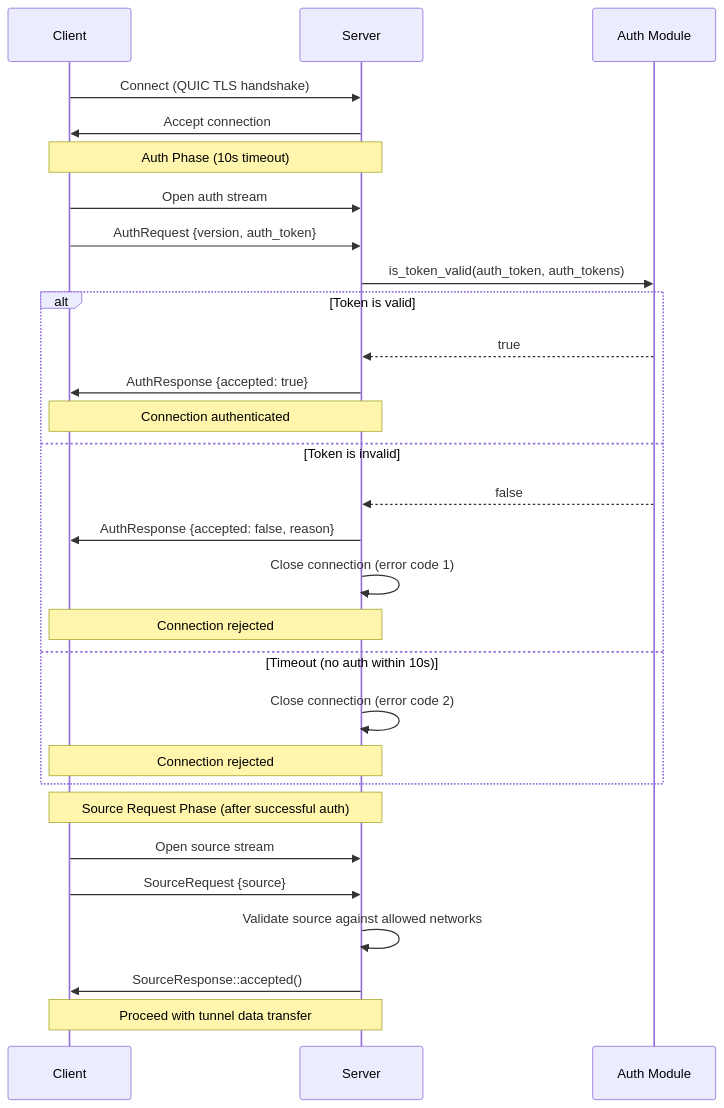
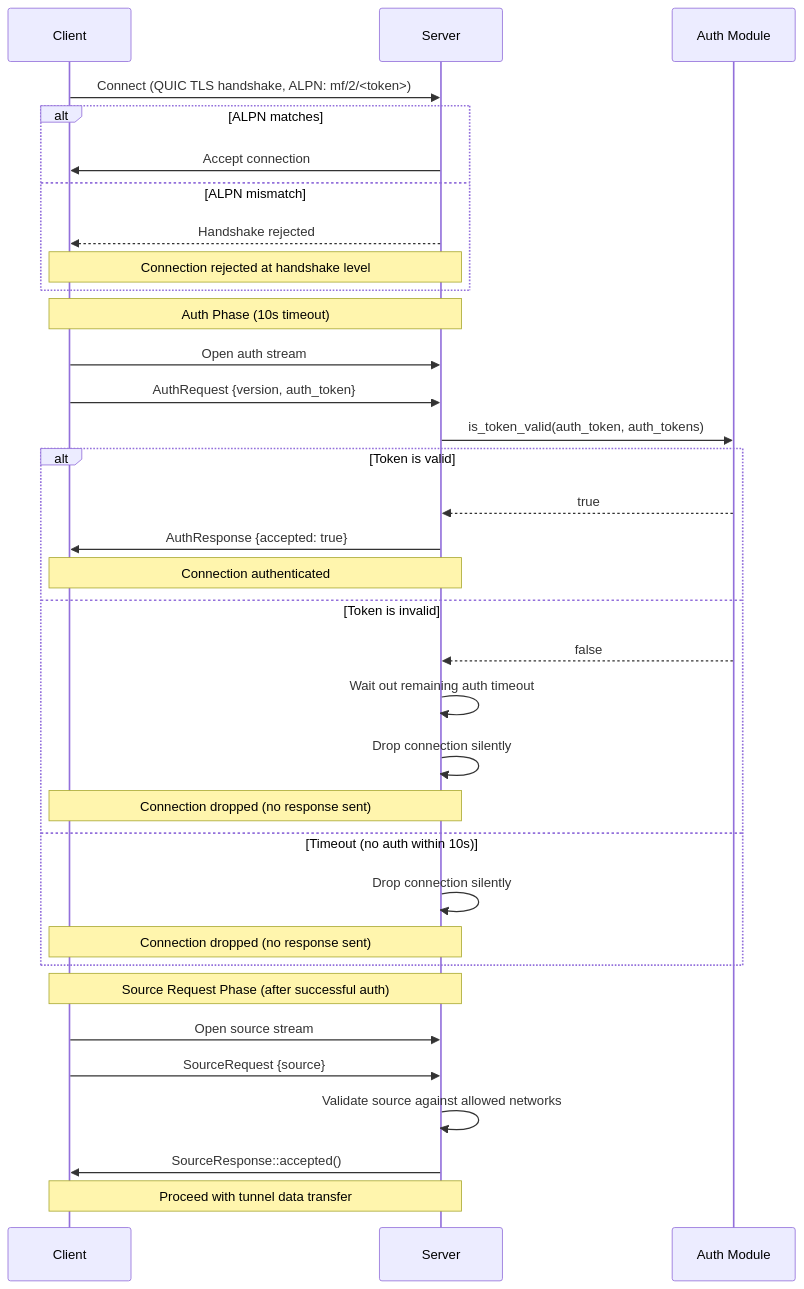
Diagram 15 of 23 in docs/ARCHITECTURE.md (andrewtheguy/tunnel-rs), drawn with Mermaid before and after one commit. The commit also changed other lines of this file and 4 other files, not shown here.

Commit message:
feat: add ALPN token support for server and client authentication in README, Docker, Kubernetes, and self-hosting documentation

````diff
--- a/docs/ARCHITECTURE.md
+++ b/docs/ARCHITECTURE.md
@@ -610,34 +615,39 @@
 ```mermaid
 sequenceDiagram
     participant C as Client
     participant S as Server
     participant A as Auth Module
 
-    C->>S: Connect (QUIC TLS handshake)
-    S->>C: Accept connection
+    C->>S: Connect (QUIC TLS handshake, ALPN: mf/2/<token>)
+    alt ALPN matches
+        S->>C: Accept connection
+    else ALPN mismatch
+        S-->>C: Handshake rejected
+        Note over S,C: Connection rejected at handshake level
+    end
 
     Note over C,S: Auth Phase (10s timeout)
     C->>S: Open auth stream
     C->>S: AuthRequest {version, auth_token}
     S->>A: is_token_valid(auth_token, auth_tokens)
     alt Token is valid
         A-->>S: true
         S->>C: AuthResponse {accepted: true}
         Note over S,C: Connection authenticated
     else Token is invalid
         A-->>S: false
-        S->>C: AuthResponse {accepted: false, reason}
-        S->>S: Close connection (error code 1)
-        Note over S,C: Connection rejected
+        S->>S: Wait out remaining auth timeout
+        S->>S: Drop connection silently
+        Note over S,C: Connection dropped (no response sent)
     else Timeout (no auth within 10s)
-        S->>S: Close connection (error code 2)
-        Note over S,C: Connection rejected
+        S->>S: Drop connection silently
+        Note over S,C: Connection dropped (no response sent)
     end
 
     Note over C,S: Source Request Phase (after successful auth)
     C->>S: Open source stream
     C->>S: SourceRequest {source}
     S->>S: Validate source against allowed networks
     S->>C: SourceResponse::accepted()
     Note over S,C: Proceed with tunnel data transfer
 ```
````
